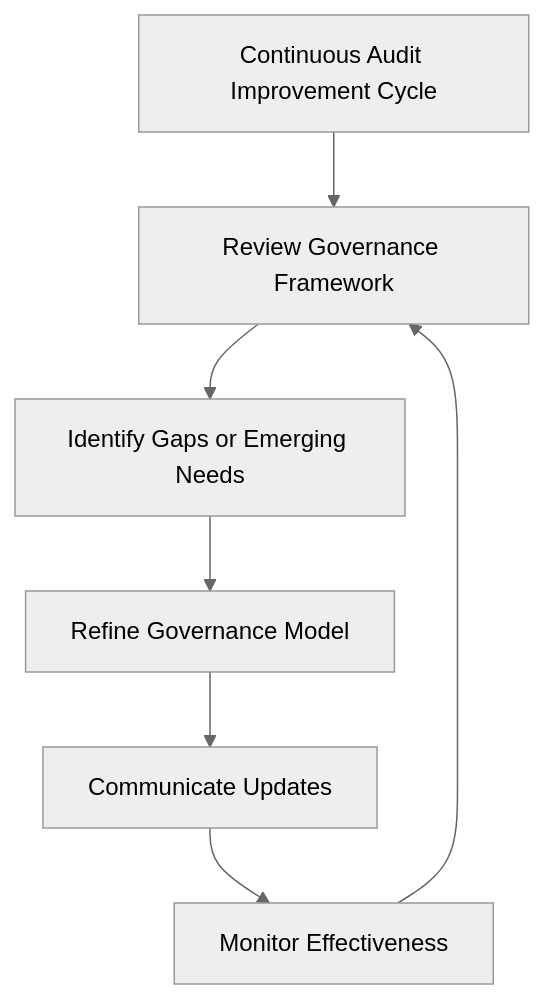
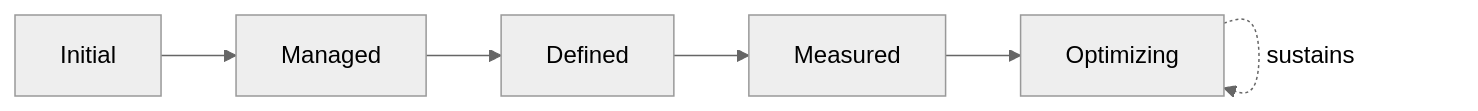
The sixth of 6 diagrams in 06_Security/audit-governance.md (MojammelJoy/StackLeo-Tech-Store), drawn with Mermaid (neutral theme) before and after one commit. The commit also changed other lines of this file and 30 other files, not shown here.

````diff
--- a/06_Security/audit-governance.md
+++ b/06_Security/audit-governance.md
@@ -283,9 +539,8 @@
 ```mermaid
-flowchart TD
-    A[Continuous Audit Improvement Cycle] --> B[Review Governance Framework]
-    B --> C[Identify Gaps or Emerging Needs]
-    C --> D[Refine Governance Model]
-    D --> E[Communicate Updates]
-    E --> F[Monitor Effectiveness]
-    F --> B
+flowchart LR
+    Initial[Initial] --> Managed[Managed]
+    Managed --> Defined[Defined]
+    Defined --> Measured[Measured]
+    Measured --> Optimizing[Optimizing]
+    Optimizing -.sustains.-> Optimizing
 ```
````
